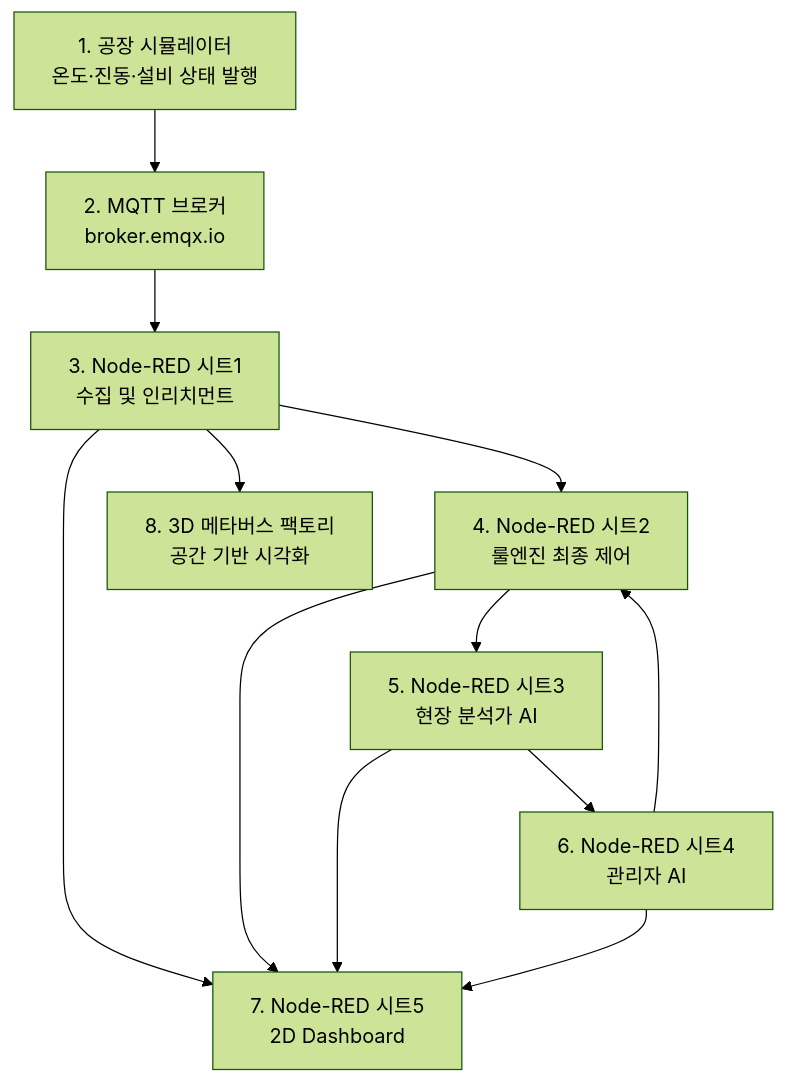
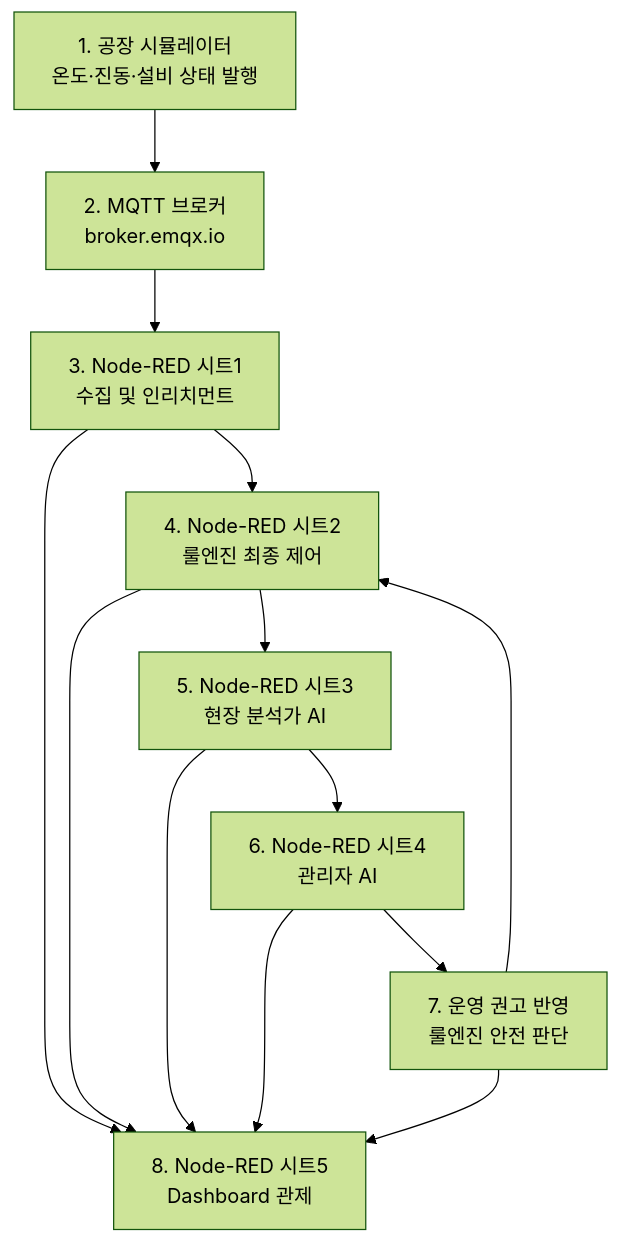
Before and after one commit to zenit9hub/withus-aiot-digital-twin-ops: the diagram in docs/handbook/index.md, drawn with Mermaid (forest theme). The commit also changed other lines of this file and 23 other files, not shown here.

Commit message:
docs: simplify handbook flow

````diff
--- a/docs/handbook/index.md
+++ b/docs/handbook/index.md
@@ -9,23 +9,24 @@
 ```mermaid
 flowchart TB
   sim["1. 공장 시뮬레이터<br/>온도·진동·설비 상태 발행"]
   mqtt["2. MQTT 브로커<br/>broker.emqx.io"]
   sheet1["3. Node-RED 시트1<br/>수집 및 인리치먼트"]
   sheet2["4. Node-RED 시트2<br/>룰엔진 최종 제어"]
   sheet3["5. Node-RED 시트3<br/>현장 분석가 AI"]
   sheet4["6. Node-RED 시트4<br/>관리자 AI"]
-  sheet5["7. Node-RED 시트5<br/>2D Dashboard"]
-  meta["8. 3D 메타버스 팩토리<br/>공간 기반 시각화"]
+  ops["7. 운영 권고 반영<br/>룰엔진 안전 판단"]
+  sheet5["8. Node-RED 시트5<br/>Dashboard 관제"]
 
   sim --> mqtt
   mqtt --> sheet1
   sheet1 --> sheet2
   sheet2 --> sheet3
   sheet3 --> sheet4
-  sheet4 --> sheet2
+  sheet4 --> ops
+  ops --> sheet2
   sheet1 --> sheet5
   sheet2 --> sheet5
   sheet3 --> sheet5
   sheet4 --> sheet5
-  sheet1 --> meta
+  ops --> sheet5
 ```
````
